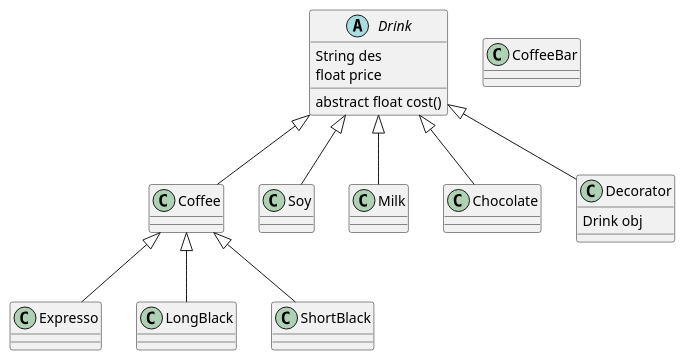
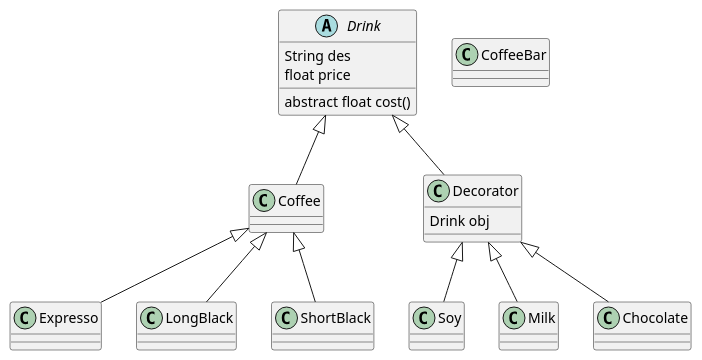
Before and after one commit to likaisheng001/mystudy: the diagram in myspring/src/main/java/com/panda/study/designmodel/Decorator/Decorator.puml, drawn with PlantUML. The commit also changed 15 other files, not shown here.

```diff
--- a/myspring/src/main/java/com/panda/study/designmodel/Decorator/Decorator.puml
+++ b/myspring/src/main/java/com/panda/study/designmodel/Decorator/Decorator.puml
@@ -1,29 +1,29 @@
 @startuml
 
 abstract class Drink
 Drink : String des
 Drink : float price
 Drink : abstract float cost()
 
 class Coffee
 class Expresso
 class LongBlack
 class ShortBlack
 
 class Soy
 class Milk
 class Chocolate
 class Decorator
 Decorator : Drink obj
 class CoffeeBar
 
 Drink <|-- Coffee
-Drink <|-- Soy
-Drink <|-- Milk
-Drink <|-- Chocolate
+Decorator <|-- Soy
+Decorator <|-- Milk
+Decorator <|-- Chocolate
 Drink <|-- Decorator
 Coffee <|-- Expresso
 Coffee <|-- LongBlack
 Coffee <|-- ShortBlack
 
 @enduml
```
